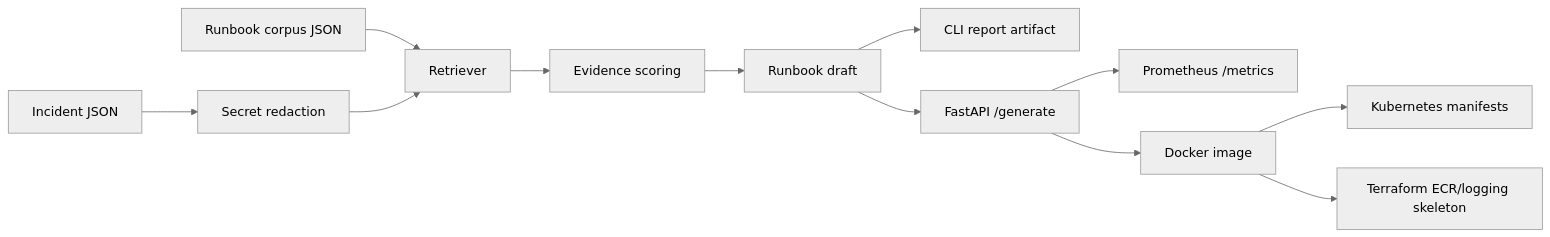
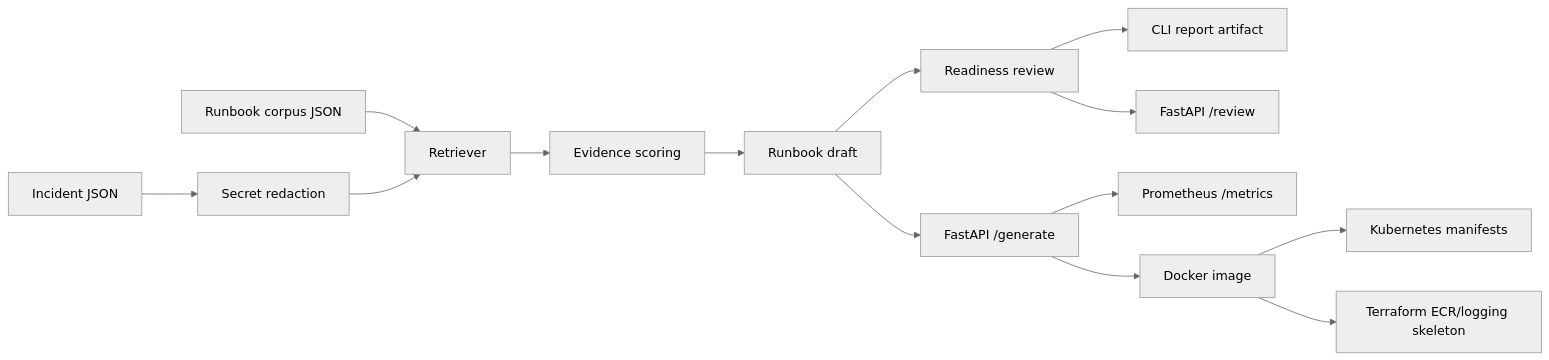
One commit to Nagadeepak1998/ai-incident-runbook-generator changed the diagram in README.md. Above: the diagram before and after it, drawn with Mermaid (neutral theme). The commit also changed other lines of this file and 15 other files, not shown here.

Commit message:
Add runbook readiness review gate

````diff
--- a/README.md
+++ b/README.md
@@ -21,14 +25,16 @@
 ```mermaid
 flowchart LR
     A[Incident JSON] --> B[Secret redaction]
     C[Runbook corpus JSON] --> D[Retriever]
     B --> D
     D --> E[Evidence scoring]
     E --> F[Runbook draft]
-    F --> G[CLI report artifact]
-    F --> H[FastAPI /generate]
-    H --> I[Prometheus /metrics]
-    H --> J[Docker image]
-    J --> K[Kubernetes manifests]
-    J --> L[Terraform ECR/logging skeleton]
+    F --> G[Readiness review]
+    G --> H[CLI report artifact]
+    G --> I[FastAPI /review]
+    F --> J[FastAPI /generate]
+    J --> K[Prometheus /metrics]
+    J --> L[Docker image]
+    L --> M[Kubernetes manifests]
+    L --> N[Terraform ECR/logging skeleton]
 ```
````
